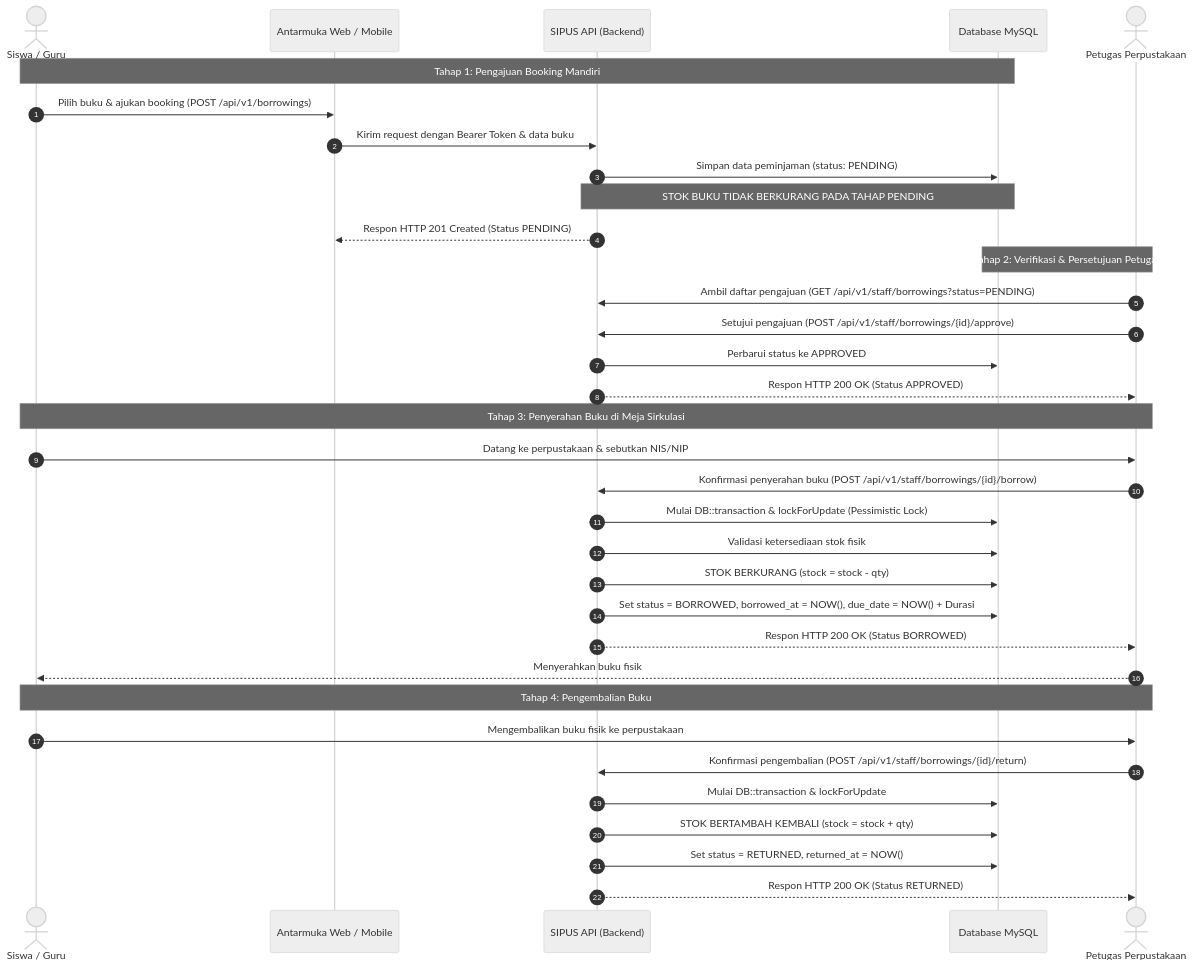
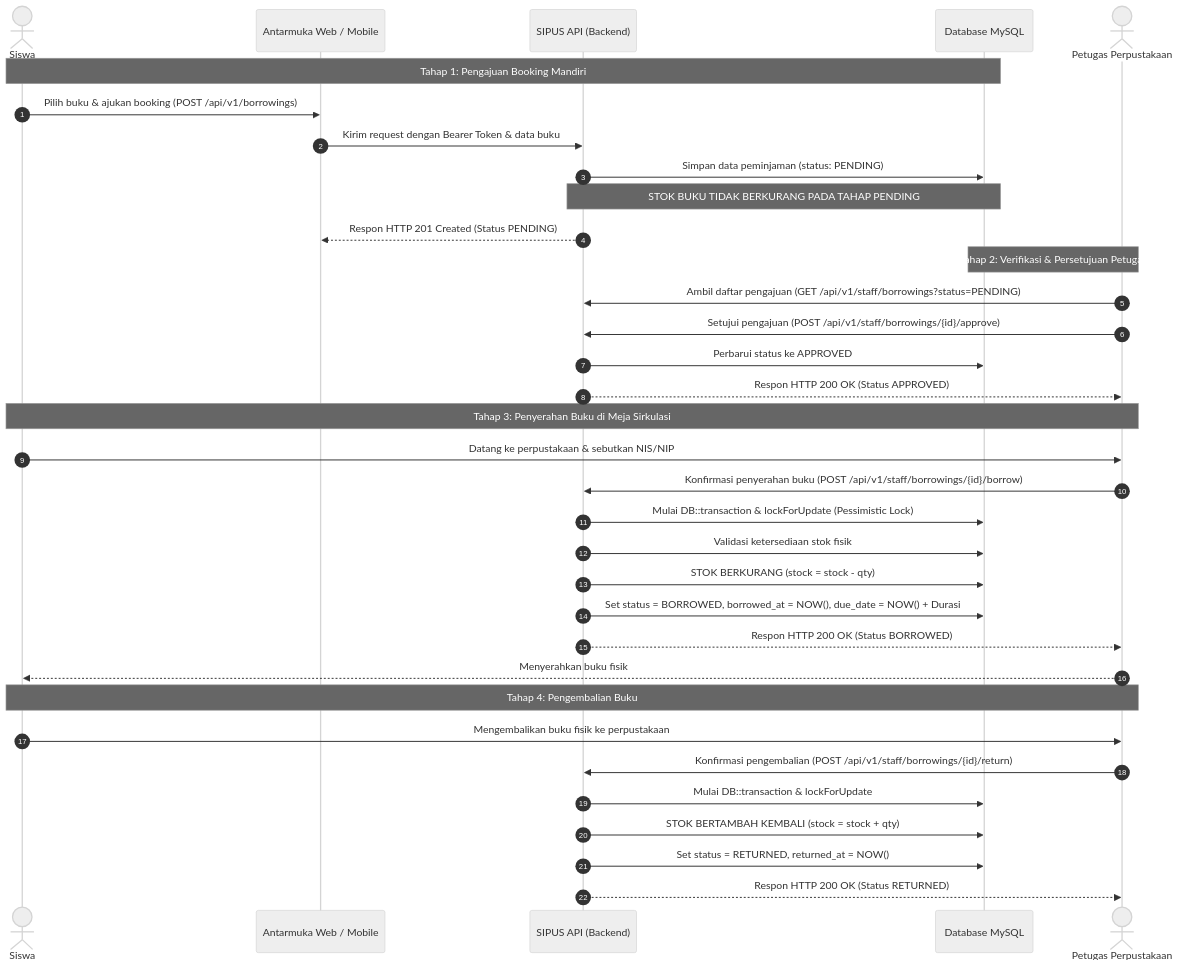
Before and after one commit to faridl29/sipus_api: the third of 4 diagrams in RANCANGAN_SISTEM_DAN_DATABASE.md, drawn with Mermaid (neutral theme). The commit also changed other lines of this file and 14 other files, not shown here.

````diff
--- a/RANCANGAN_SISTEM_DAN_DATABASE.md
+++ b/RANCANGAN_SISTEM_DAN_DATABASE.md
@@ -180,40 +180,40 @@
 ```mermaid
 sequenceDiagram
     autonumber
-    actor Member as Siswa / Guru
+    actor Member as Siswa
     participant App as Antarmuka Web / Mobile
     participant API as SIPUS API (Backend)
     participant DB as Database MySQL
     actor Staff as Petugas Perpustakaan
 
     Note over Member, DB: Tahap 1: Pengajuan Booking Mandiri
     Member->>App: Pilih buku & ajukan booking (POST /api/v1/borrowings)
     App->>API: Kirim request dengan Bearer Token & data buku
     API->>DB: Simpan data peminjaman (status: PENDING)
     Note over API, DB: STOK BUKU TIDAK BERKURANG PADA TAHAP PENDING
     API-->>App: Respon HTTP 201 Created (Status PENDING)
 
     Note over Staff, DB: Tahap 2: Verifikasi & Persetujuan Petugas
     Staff->>API: Ambil daftar pengajuan (GET /api/v1/staff/borrowings?status=PENDING)
     Staff->>API: Setujui pengajuan (POST /api/v1/staff/borrowings/{id}/approve)
     API->>DB: Perbarui status ke APPROVED
     API-->>Staff: Respon HTTP 200 OK (Status APPROVED)
 
     Note over Member, Staff: Tahap 3: Penyerahan Buku di Meja Sirkulasi
     Member->>Staff: Datang ke perpustakaan & sebutkan NIS/NIP
     Staff->>API: Konfirmasi penyerahan buku (POST /api/v1/staff/borrowings/{id}/borrow)
     API->>DB: Mulai DB::transaction & lockForUpdate (Pessimistic Lock)
     API->>DB: Validasi ketersediaan stok fisik
     API->>DB: STOK BERKURANG (stock = stock - qty)
     API->>DB: Set status = BORROWED, borrowed_at = NOW(), due_date = NOW() + Durasi
     API-->>Staff: Respon HTTP 200 OK (Status BORROWED)
     Staff-->>Member: Menyerahkan buku fisik
 
     Note over Member, Staff: Tahap 4: Pengembalian Buku
     Member->>Staff: Mengembalikan buku fisik ke perpustakaan
     Staff->>API: Konfirmasi pengembalian (POST /api/v1/staff/borrowings/{id}/return)
     API->>DB: Mulai DB::transaction & lockForUpdate
     API->>DB: STOK BERTAMBAH KEMBALI (stock = stock + qty)
     API->>DB: Set status = RETURNED, returned_at = NOW()
     API-->>Staff: Respon HTTP 200 OK (Status RETURNED)
 ```
````
